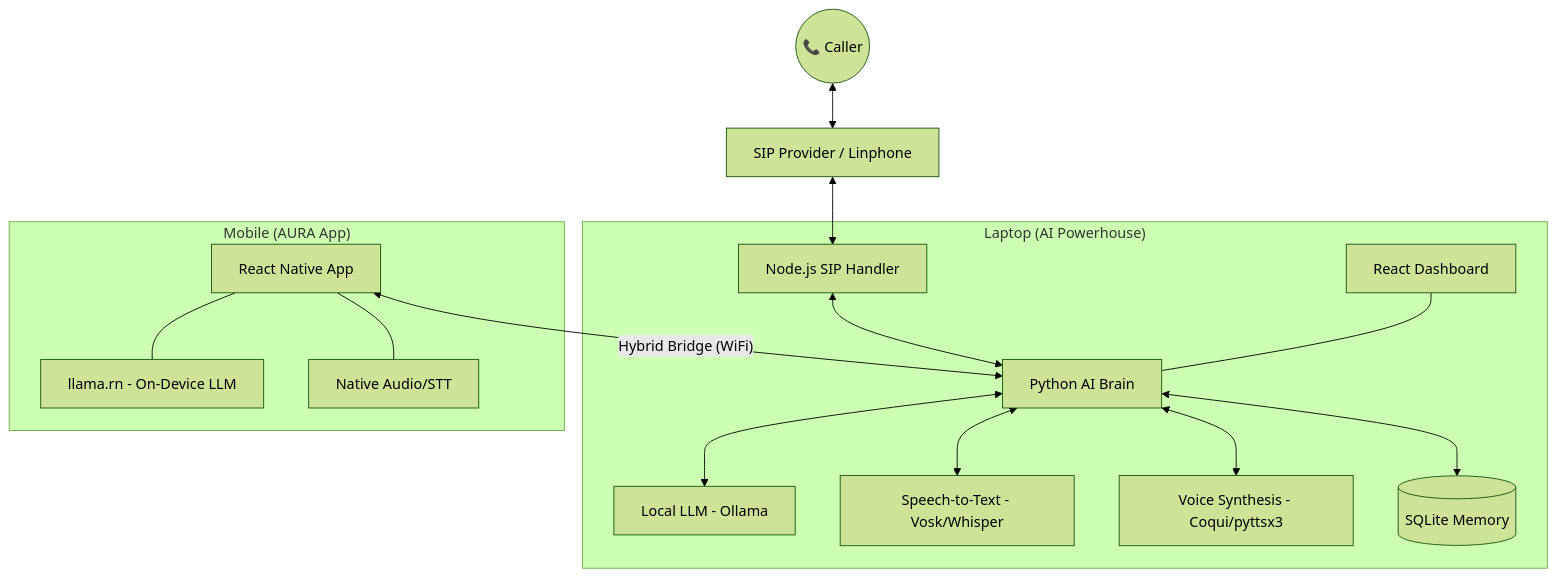
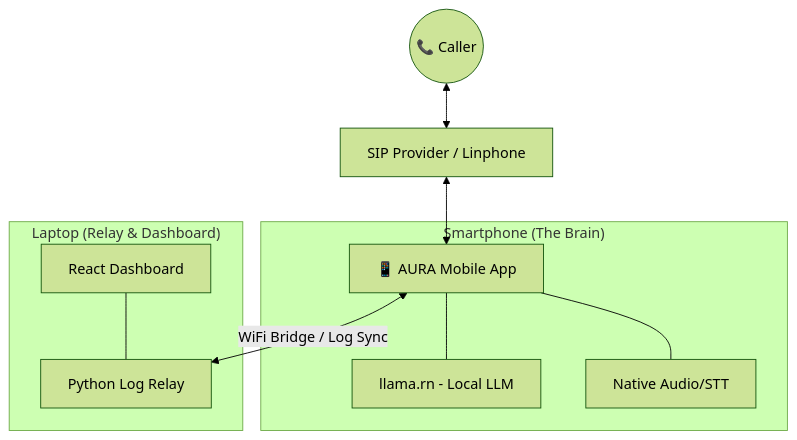
One commit to ahadunnobi/AI-CALL_AGENT changed the diagram in README.md. Above: the diagram before and after it, drawn with Mermaid (forest theme). The commit also changed other lines of this file and 6 other files, not shown here.

Commit message:
feat: implement bridge service for offloading AI inference to a remote server and integrate into call handler pipeline

````diff
--- a/README.md
+++ b/README.md
@@ -20,22 +22,17 @@
 ```mermaid
 graph TD
     User((📞 Caller)) <--> SIP[SIP Provider / Linphone]
-    SIP <--> Handler[Node.js SIP Handler]
+    SIP <--> App[📱 AURA Mobile App]
     
-    subgraph "Laptop (AI Powerhouse)"
-        Handler <--> Brain[Python AI Brain]
-        Brain <--> Ollama[Local LLM - Ollama]
-        Brain <--> STT[Speech-to-Text - Vosk/Whisper]
-        Brain <--> TTS[Voice Synthesis - Coqui/pyttsx3]
-        Brain <--> DB[(SQLite Memory)]
-        Dashboard[React Dashboard] --- Brain
-    end
-
-    subgraph "Mobile (AURA App)"
-        App[React Native App]
-        App --- LlamaRN[llama.rn - On-Device LLM]
+    subgraph "Smartphone (The Brain)"
+        App --- LlamaRN[llama.rn - Local LLM]
         App --- Audio[Native Audio/STT]
     end
 
-    App <-- "Hybrid Bridge (WiFi)" --> Brain
+    subgraph "Laptop (Relay & Dashboard)"
+        Relay[Python Log Relay]
+        Dashboard[React Dashboard] --- Relay
+    end
+
+    App <-- "WiFi Bridge / Log Sync" --> Relay
 ```
````
